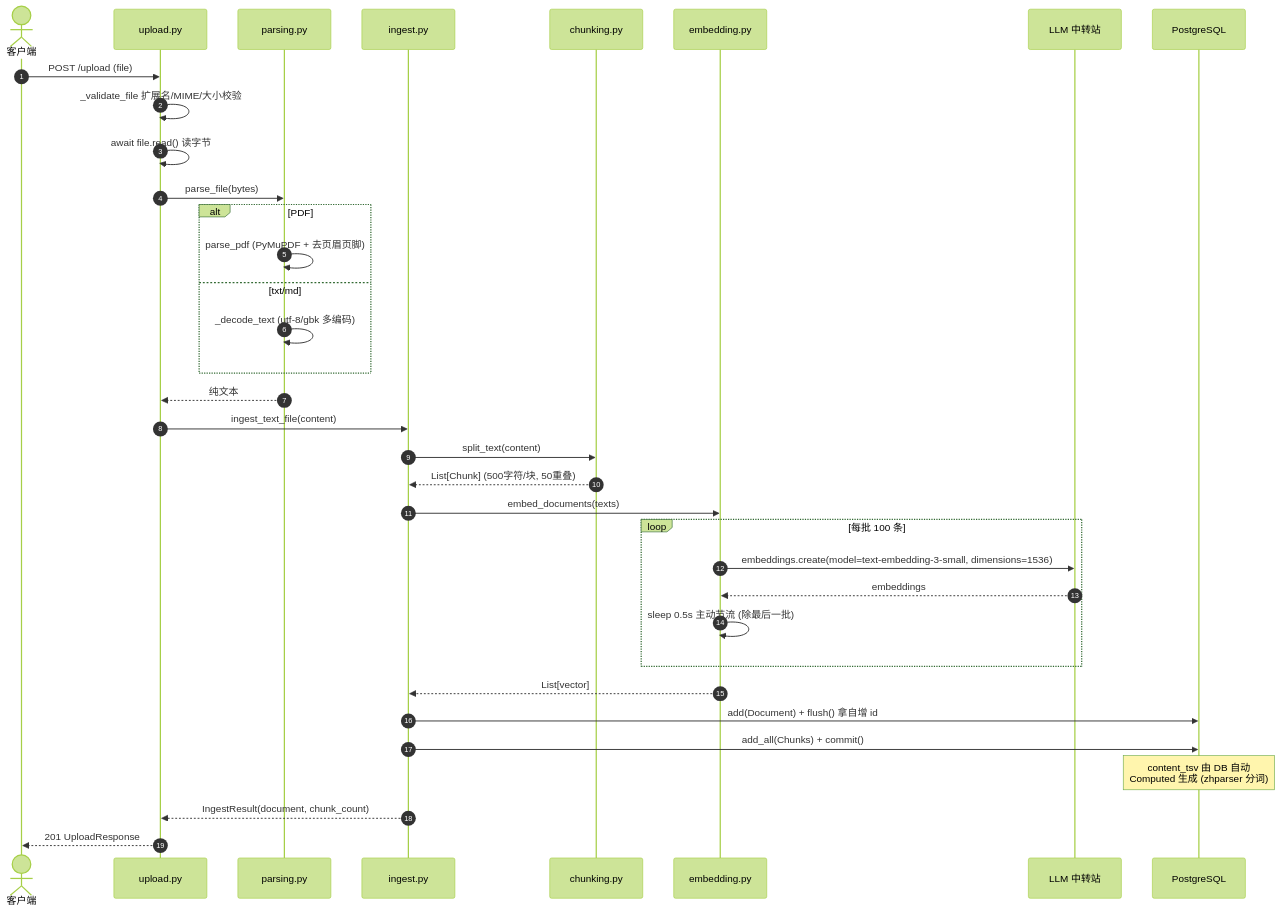
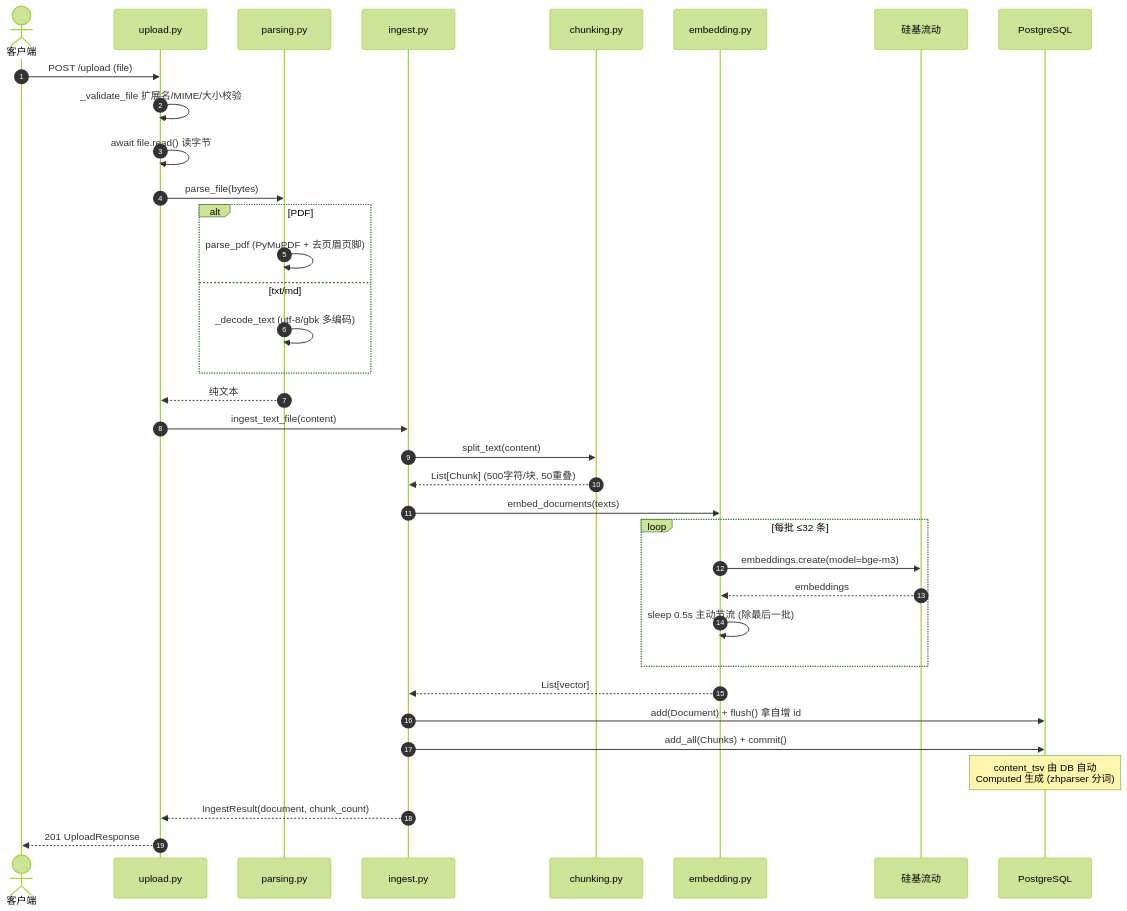
The second of 4 diagrams in 0607-rag-service/docs/ARCHITECTURE.md (BryanLi93/ai-practise), drawn with Mermaid (forest theme) before and after one commit. The commit also changed other lines of this file and 23 other files, not shown here.

````diff
--- a/0607-rag-service/docs/ARCHITECTURE.md
+++ b/0607-rag-service/docs/ARCHITECTURE.md
@@ -56,38 +56,38 @@
 ```mermaid
 sequenceDiagram
     autonumber
     actor U as 客户端
     participant R as upload.py
     participant P as parsing.py
     participant I as ingest.py
     participant C as chunking.py
     participant E as embedding.py
-    participant G as LLM 中转站
+    participant G as 硅基流动
     participant DB as PostgreSQL
 
     U->>R: POST /upload (file)
     R->>R: _validate_file 扩展名/MIME/大小校验
     R->>R: await file.read() 读字节
     R->>P: parse_file(bytes)
     alt PDF
         P->>P: parse_pdf (PyMuPDF + 去页眉页脚)
     else txt/md
         P->>P: _decode_text (utf-8/gbk 多编码)
     end
     P-->>R: 纯文本
     R->>I: ingest_text_file(content)
     I->>C: split_text(content)
     C-->>I: List[Chunk] (500字符/块, 50重叠)
     I->>E: embed_documents(texts)
-    loop 每批 100 条
-        E->>G: embeddings.create(model=text-embedding-3-small, dimensions=1536)
+    loop 每批 ≤32 条
+        E->>G: embeddings.create(model=bge-m3)
         G-->>E: embeddings
         E->>E: sleep 0.5s 主动节流 (除最后一批)
     end
     E-->>I: List[vector]
     I->>DB: add(Document) + flush() 拿自增 id
     I->>DB: add_all(Chunks) + commit()
     Note over DB: content_tsv 由 DB 自动<br/>Computed 生成 (zhparser 分词)
     I-->>R: IngestResult(document, chunk_count)
     R-->>U: 201 UploadResponse
 ```
````
